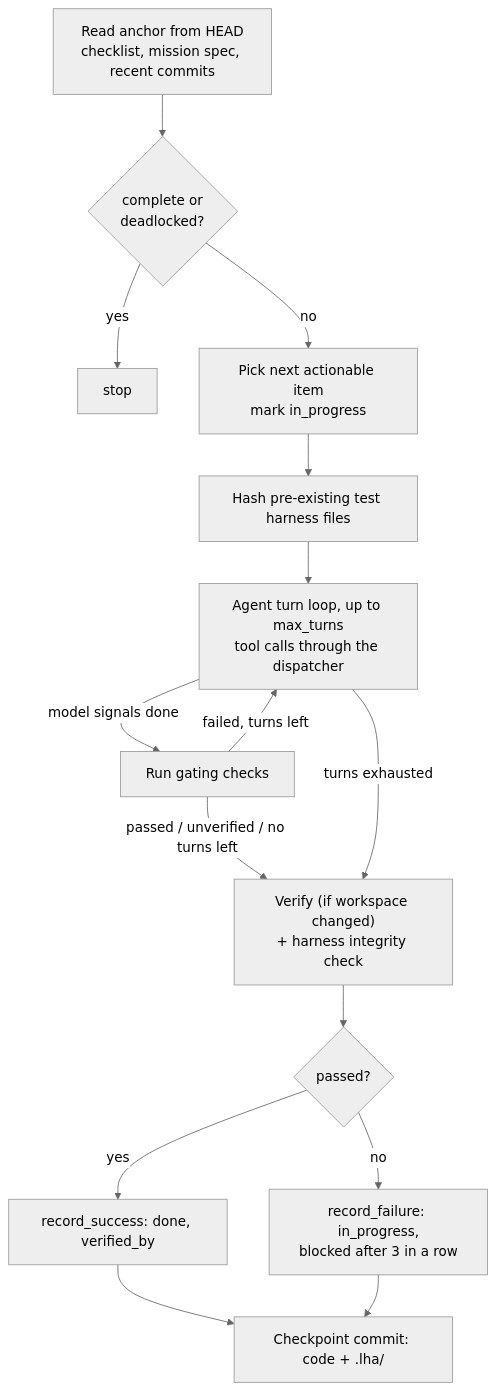
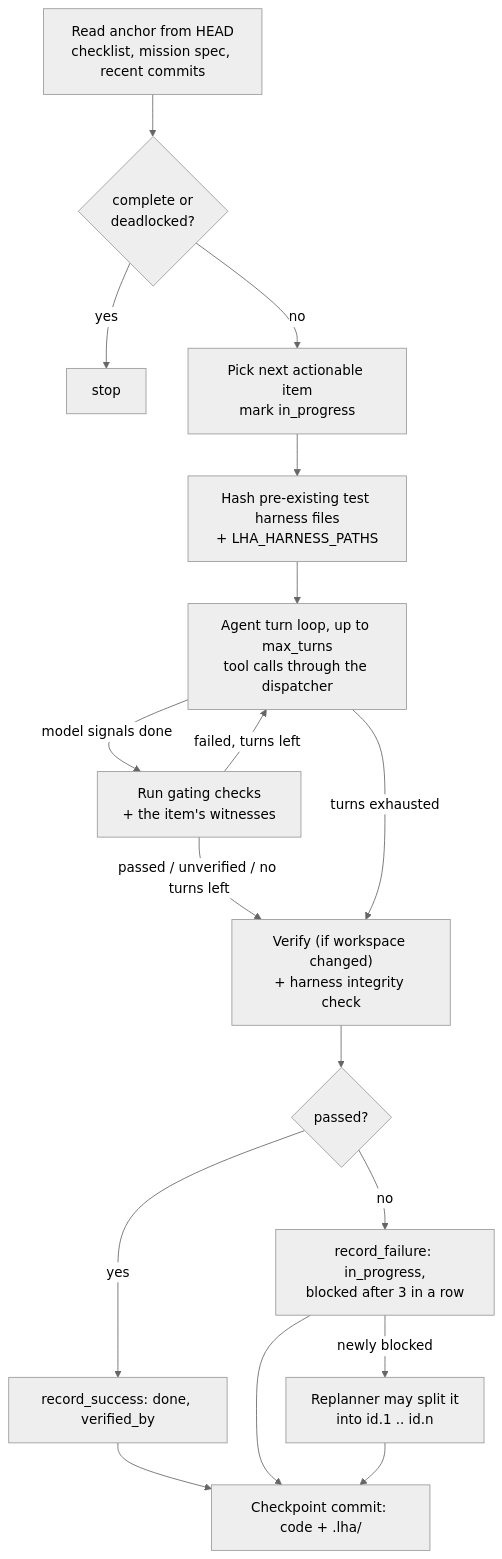
The fourth of 4 diagrams in docs/05-architecture.md (calvinchengx/long-horizon-agent), drawn with Mermaid (neutral theme) before and after one commit. The commit also changed other lines of this file and 22 other files, not shown here.

````diff
--- a/docs/05-architecture.md
+++ b/docs/05-architecture.md
@@ -226,17 +246,19 @@
 ```mermaid
 flowchart TD
     A["Read anchor from HEAD<br/>checklist, mission spec, recent commits"] --> B{"complete or<br/>deadlocked?"}
     B -- yes --> Z["stop"]
     B -- no --> C["Pick next actionable item<br/>mark in_progress"]
-    C --> D["Hash pre-existing test harness files"]
+    C --> D["Hash pre-existing test harness files<br/>+ LHA_HARNESS_PATHS"]
     D --> E["Agent turn loop, up to max_turns<br/>tool calls through the dispatcher"]
-    E -- "model signals done" --> F["Run gating checks"]
+    E -- "model signals done" --> F["Run gating checks<br/>+ the item's witnesses"]
     F -- failed, turns left --> E
     F -- "passed / unverified / no turns left" --> G
     E -- "turns exhausted" --> G["Verify (if workspace changed)<br/>+ harness integrity check"]
     G --> H{"passed?"}
     H -- yes --> I["record_success: done, verified_by"]
     H -- no --> J["record_failure: in_progress,<br/>blocked after 3 in a row"]
+    J -- "newly blocked" --> S["Replanner may split it<br/>into id.1 .. id.n"]
     I --> K["Checkpoint commit: code + .lha/"]
     J --> K
+    S --> K
 ```
````
